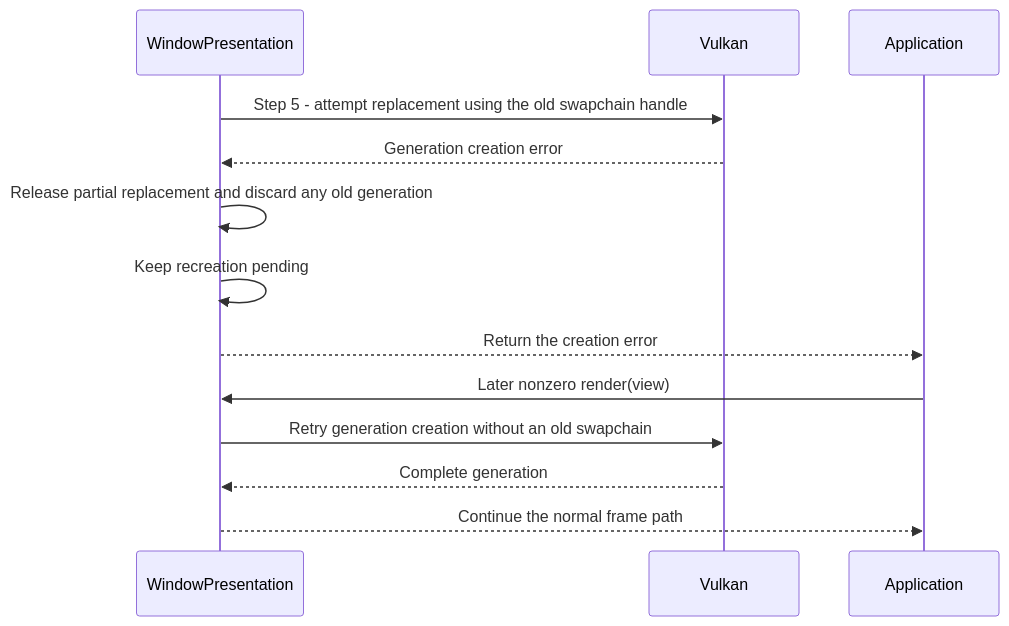
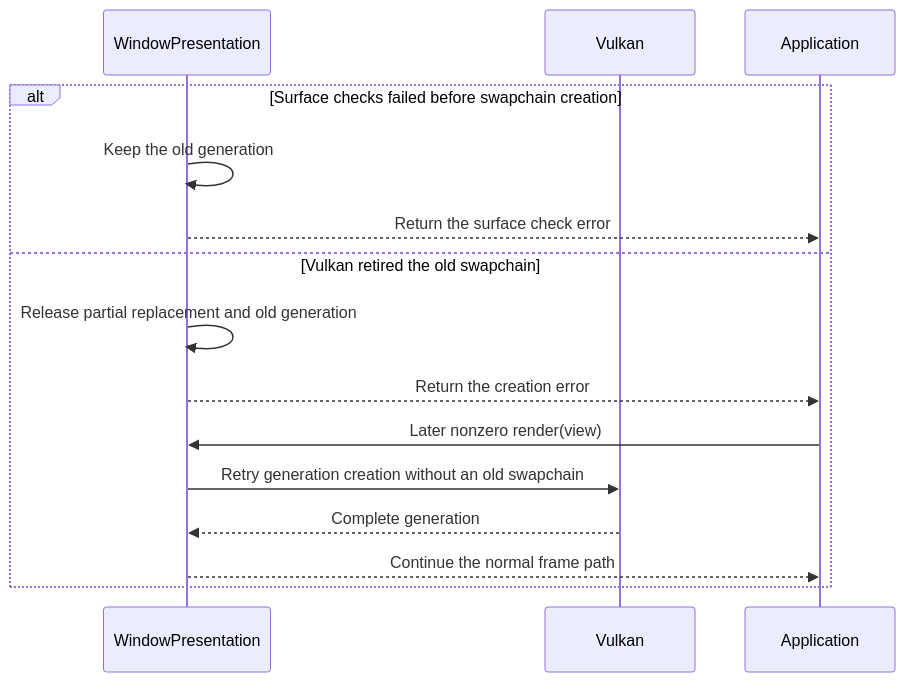
One commit to a-soltysik/Panda changed the second of 2 diagrams in docs/use-cases/recreate-swapchain.md. Above: the diagram before and after it, drawn with Mermaid. The commit also changed other lines of this file and 56 other files, not shown here.

Commit message:
Add runtime graphics settings (#136)

````diff
--- a/docs/use-cases/recreate-swapchain.md
+++ b/docs/use-cases/recreate-swapchain.md
@@ -123,15 +125,17 @@
 ```mermaid
 sequenceDiagram
     participant P as WindowPresentation
     participant V as Vulkan
     participant A as Application
-    P->>V: Step 5 - attempt replacement using the old swapchain handle
-    V-->>P: Generation creation error
-    P->>P: Release partial replacement and discard any old generation
-    P->>P: Keep recreation pending
-    P-->>A: Return the creation error
-    A->>P: Later nonzero render(view)
-    P->>V: Retry generation creation without an old swapchain
-    V-->>P: Complete generation
-    P-->>A: Continue the normal frame path
+    alt Surface checks failed before swapchain creation
+        P->>P: Keep the old generation
+        P-->>A: Return the surface check error
+    else Vulkan retired the old swapchain
+        P->>P: Release partial replacement and old generation
+        P-->>A: Return the creation error
+        A->>P: Later nonzero render(view)
+        P->>V: Retry generation creation without an old swapchain
+        V-->>P: Complete generation
+        P-->>A: Continue the normal frame path
+    end
 ```
````
